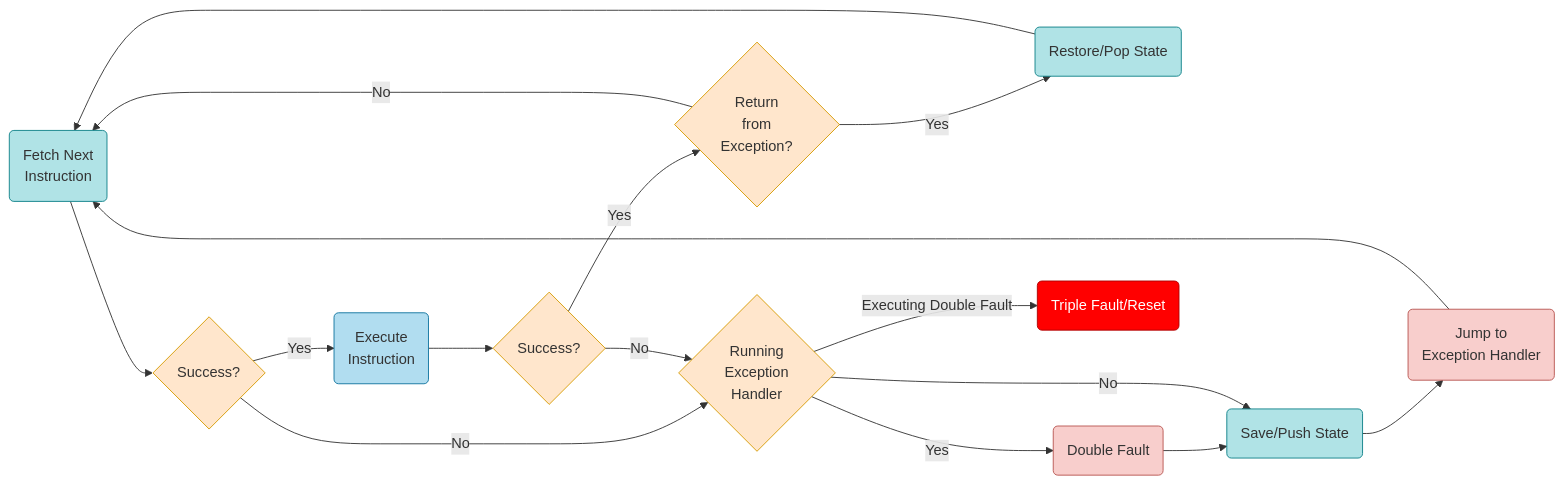
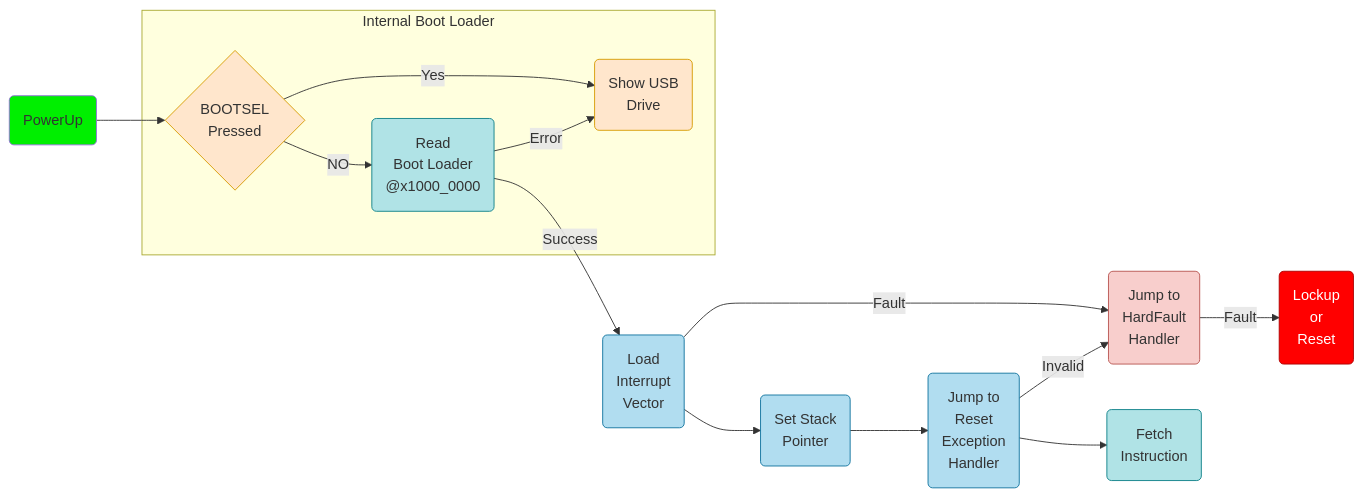
The fifth of 5 diagrams in slides/lectures/03/exceptions/slides.md (UPB-FILS-MA/upb-fils-ma.github.io), drawn with Mermaid before and after one commit. The commit also changed other lines of this file and 4 other files, not shown here.

````diff
--- a/slides/lectures/03/exceptions/slides.md
+++ b/slides/lectures/03/exceptions/slides.md
@@ -237,38 +260,45 @@
 ```mermaid
 flowchart LR
-    F(Fetch Next 
+    S(PowerUp) --> I
+    subgraph Internal Boot Loader
+        I{BOOTSEL
+        Pressed} -- Yes --> U
+        I -- NO --> R(Read 
+        Boot Loader 
+        @x1000_0000)
+        R -- Error --> U(Show USB 
+        Drive)
+    end
+    R -- Success --> E2(Load
+    Interrupt
+    Vector)
+    E2 -- Fault --> E3(Jump to 
+    HardFault 
+    Handler)
+    E3 -- Fault --> L(Lockup
+    or
+    Reset)
+    E2 --> S2(Set Stack 
+    Pointer)
+    S2 --> E(Jump to 
+    Reset 
+    Exception 
+    Handler)
+    E -- Invalid --> E3
+    E --> F(Fetch 
     Instruction)
-    F --> S2{Success?}
-    S2 -- Yes --> A
-    S2 -- No --> V
-    A(Execute 
-    Instruction) --> B{Success?}
-    R --> F
-    B -- Yes --> R2{Return 
-    from 
-    Exception?}
-    R2 -- Yes --> R(Restore/Pop State)
-    R2 -- No --> F
-    B -- No --> V{Running 
-    Exception 
-    Handler}
-    V -- Yes --> F2(Double Fault)
-    V -- Executing Double Fault --> R3(Triple Fault/Reset)
-    F2 --> S
-    V -- No --> S(Save/Push State)
-    S --> E(Jump to 
-    Exception Handler)
-    E --> F
 
     classDef memory fill:#B0E3E6,stroke:#0E8088
     classDef instruction fill:#B1DDF0,stroke:#10739E
     classDef processor fill:#FFE6CC,stroke:#D79B00
     classDef exception fill:#F8CECC,stroke:#B85450
     classDef error fill:#ff0000,stroke:#ae0000,color:#ffffff
+    classDef start fill:#00ef00
 
-    class A instruction
-    class F,R,S memory
-    class B,V,S2,R2 processor
-    class E,F2 exception
-    class R3 error
+    class A,E,E2,S2 instruction
+    class R,F memory
+    class B,V,R2,I,I2,I3,H,U processor
+    class L error
+    class E3 exception
+    class S start
 ```
````
